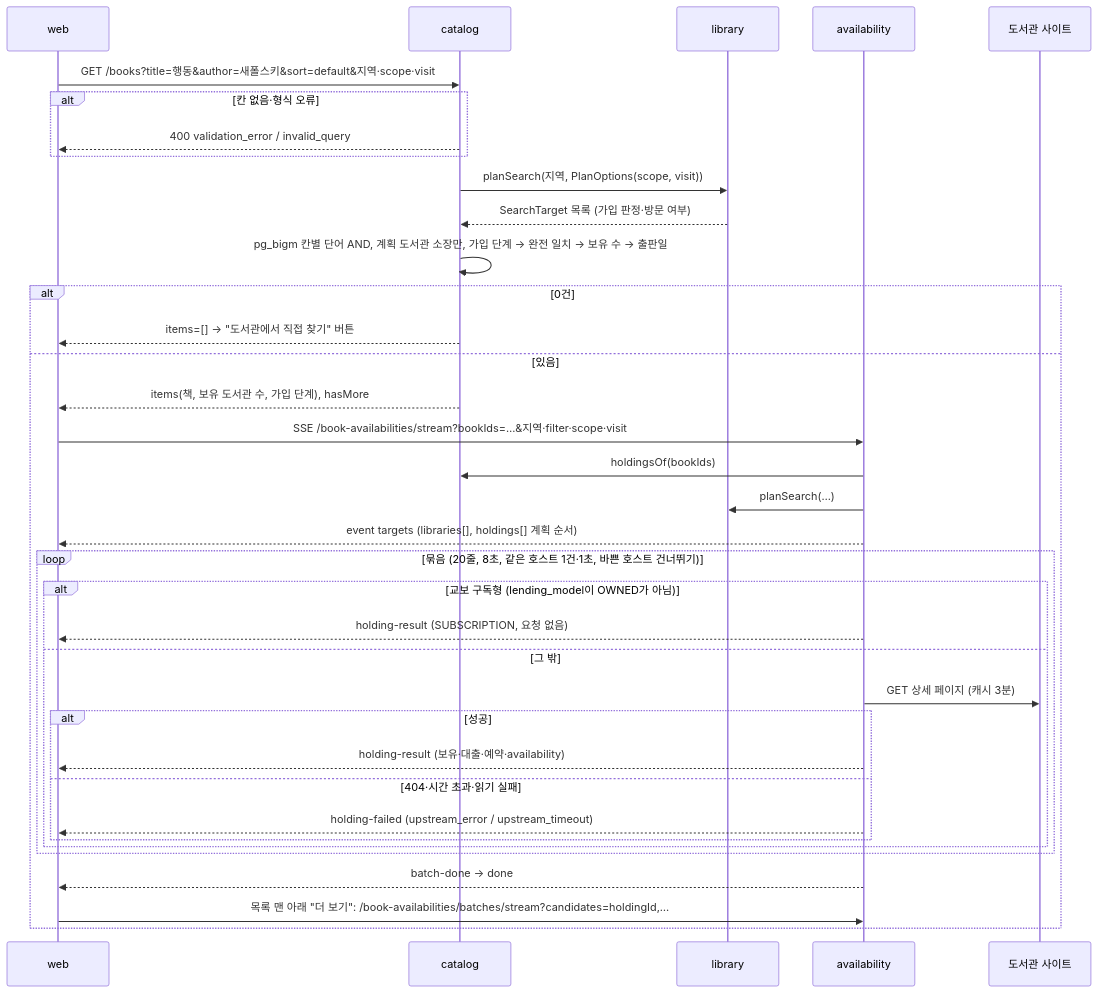
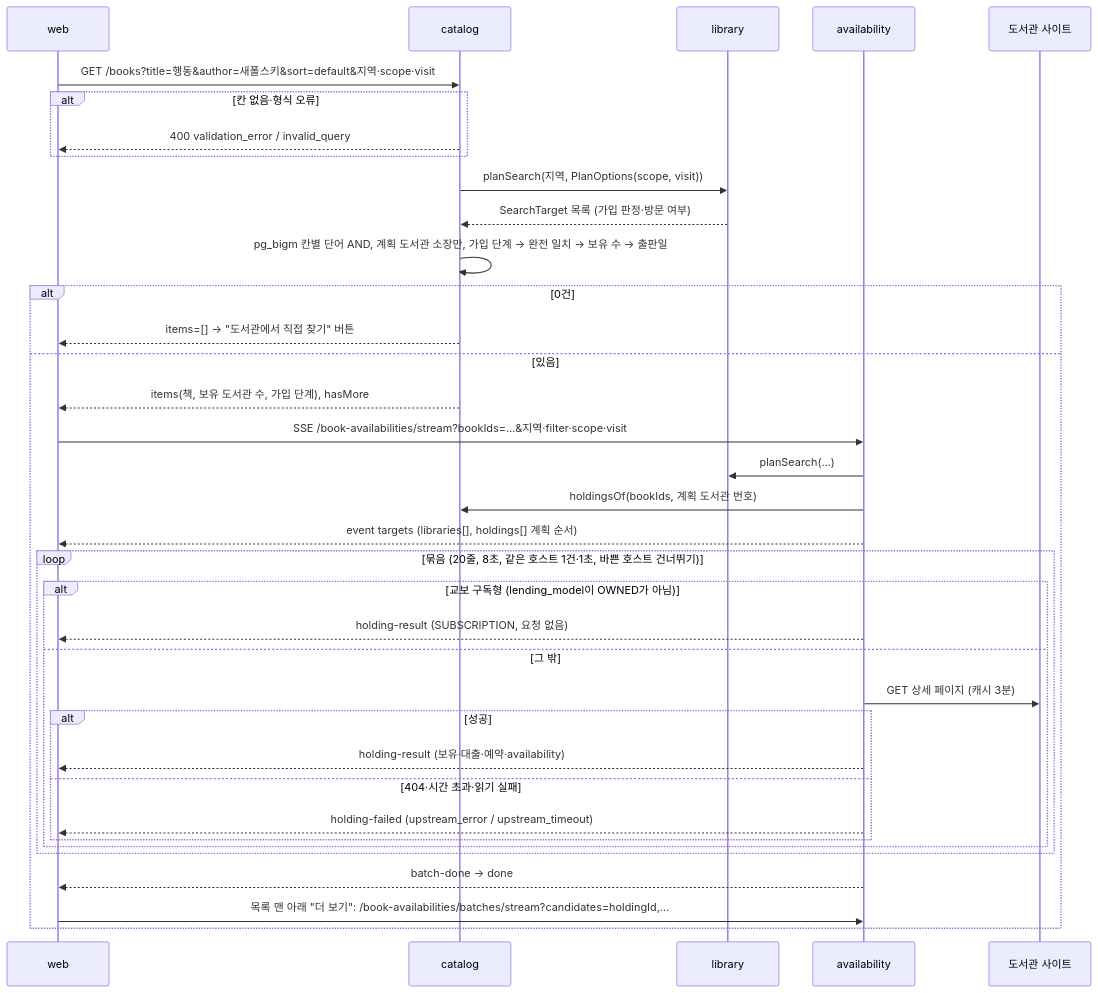
Before and after one commit to hodu-sketch/chaekcheck-plan: the seventh of 26 diagrams in docs/current/flows.md, drawn with Mermaid. The commit also changed other lines of this file and 29 other files, not shown here.

````diff
--- a/docs/current/flows.md
+++ b/docs/current/flows.md
@@ -181,38 +183,38 @@
 ```mermaid
 sequenceDiagram
   participant W as web
   participant C as catalog
   participant L as library
   participant A as availability
   participant S as 도서관 사이트
   W->>C: GET /books?title=행동&author=새폴스키&sort=default&지역·scope·visit
   alt 칸 없음·형식 오류
     C-->>W: 400 validation_error / invalid_query
   end
   C->>L: planSearch(지역, PlanOptions(scope, visit))
   L-->>C: SearchTarget 목록 (가입 판정·방문 여부)
   C->>C: pg_bigm 칸별 단어 AND, 계획 도서관 소장만, 가입 단계 → 완전 일치 → 보유 수 → 출판일
   alt 0건
     C-->>W: items=[] → "도서관에서 직접 찾기" 버튼
   else 있음
     C-->>W: items(책, 보유 도서관 수, 가입 단계), hasMore
     W->>A: SSE /book-availabilities/stream?bookIds=…&지역·filter·scope·visit
-    A->>C: holdingsOf(bookIds)
     A->>L: planSearch(…)
+    A->>C: holdingsOf(bookIds, 계획 도서관 번호)
     A-->>W: event targets (libraries[], holdings[] 계획 순서)
     loop 묶음 (20줄, 8초, 같은 호스트 1건·1초, 바쁜 호스트 건너뛰기)
       alt 교보 구독형 (lending_model이 OWNED가 아님)
         A-->>W: holding-result (SUBSCRIPTION, 요청 없음)
       else 그 밖
         A->>S: GET 상세 페이지 (캐시 3분)
         alt 성공
           A-->>W: holding-result (보유·대출·예약·availability)
         else 404·시간 초과·읽기 실패
           A-->>W: holding-failed (upstream_error / upstream_timeout)
         end
       end
     end
     A-->>W: batch-done → done
     W->>A: 목록 맨 아래 "더 보기": /book-availabilities/batches/stream?candidates=holdingId,…
   end
 ```
````
